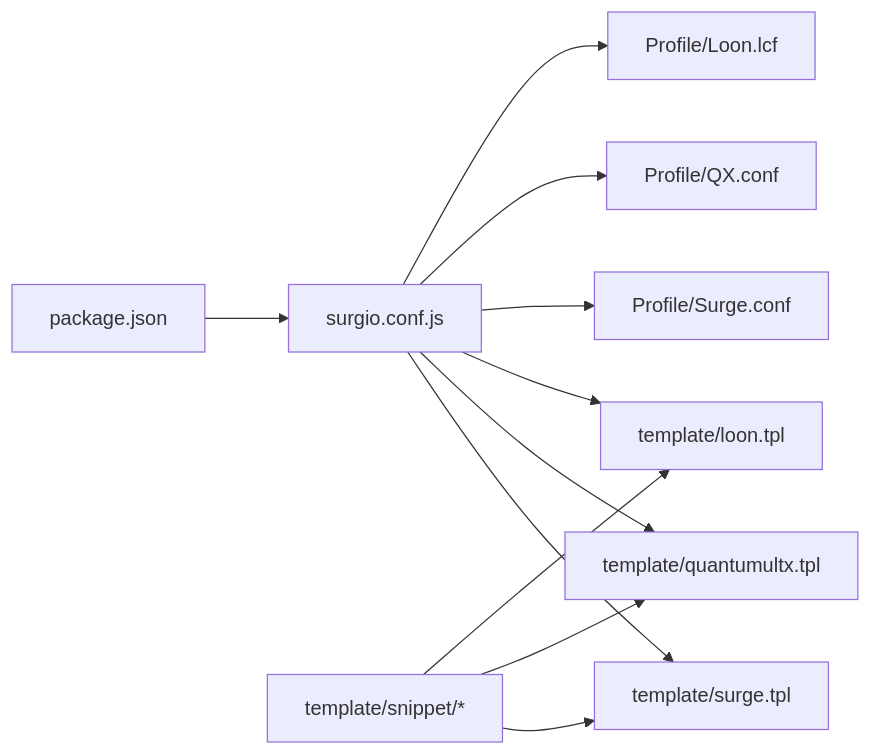
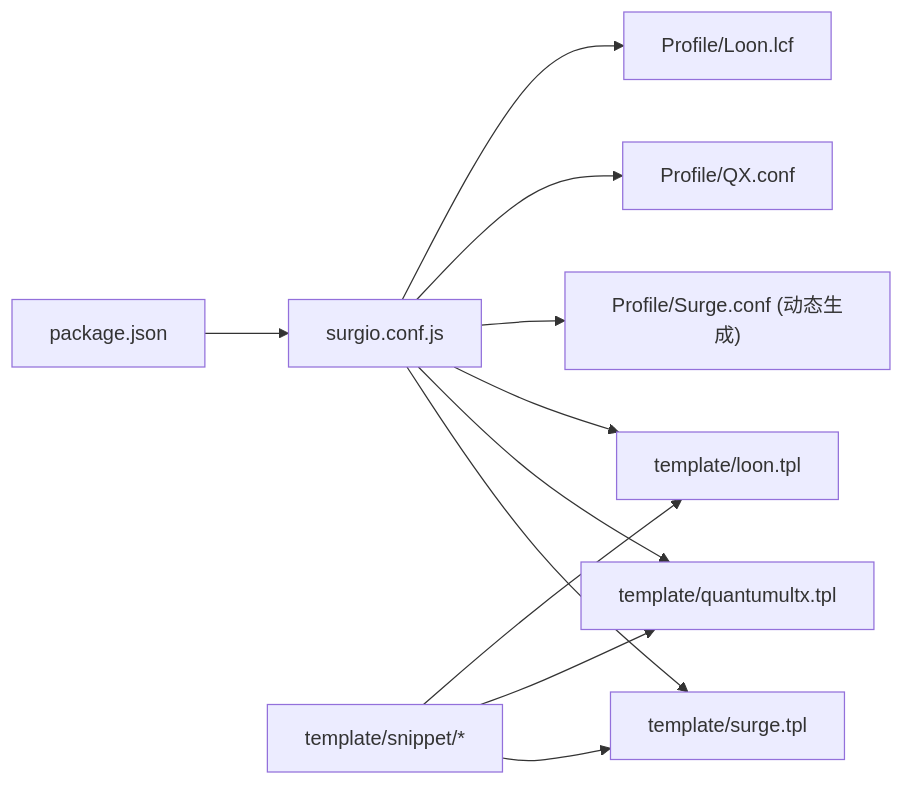
Before and after one commit to 3kaiu/config: the third of 3 diagrams in .qoder/repowiki/zh/content/配置指南/配置指南.md, drawn with Mermaid. The commit also changed other lines of this file and 112 other files, not shown here.

````diff
--- a/.qoder/repowiki/zh/content/配置指南/配置指南.md
+++ b/.qoder/repowiki/zh/content/配置指南/配置指南.md
@@ -231,13 +237,13 @@
 ```mermaid
 graph LR
 Conf["surgio.conf.js"] --> TplS["template/surge.tpl"]
 Conf --> TplQ["template/quantumultx.tpl"]
 Conf --> TplL["template/loon.tpl"]
 Snippets["template/snippet/*"] --> TplS
 Snippets --> TplQ
 Snippets --> TplL
 Pkg["package.json"] --> Conf
-Conf --> OutS["Profile/Surge.conf"]
+Conf --> OutS["Profile/Surge.conf (动态生成)"]
 Conf --> OutQ["Profile/QX.conf"]
 Conf --> OutL["Profile/Loon.lcf"]
 ```
````
